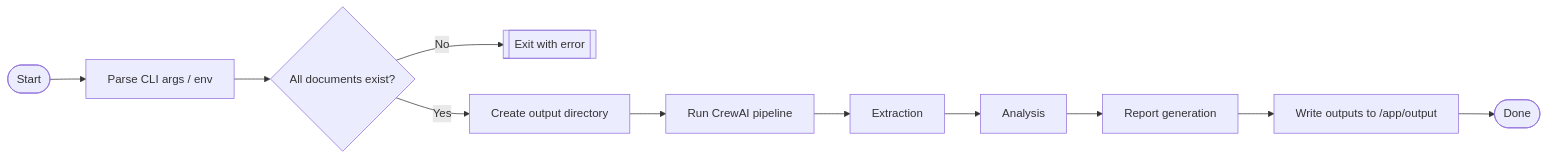
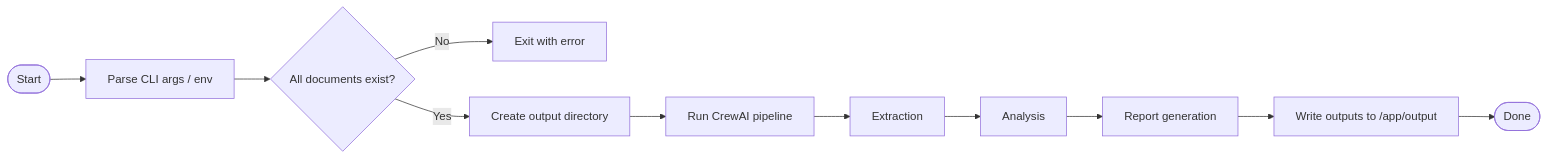
Before and after one commit to HtmMhmd/finantial-analizer: the second of 4 diagrams in docs/presentation.md, drawn with Mermaid. The commit also changed other lines of this file and 7 other files, not shown here.

````diff
--- a/docs/presentation.md
+++ b/docs/presentation.md
@@ -37,13 +37,13 @@
 ```mermaid
 flowchart LR
   A([Start]) --> B[Parse CLI args / env]
   B --> C{All documents exist?}
-  C -- No --> E[[Exit with error]]
+  C -- No --> E[Exit with error]
   C -- Yes --> D[Create output directory]
   D --> F[Run CrewAI pipeline]
   F --> X[Extraction]
   X --> Y[Analysis]
   Y --> Z[Report generation]
   Z --> G[Write outputs to /app/output]
   G --> H([Done])
 ```
````
